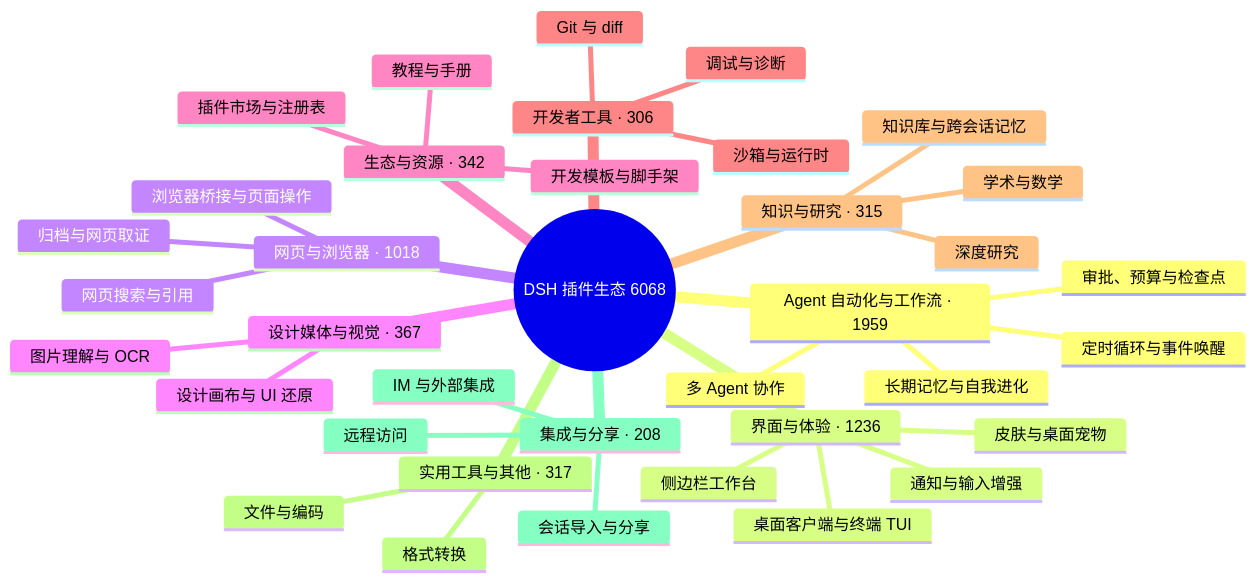
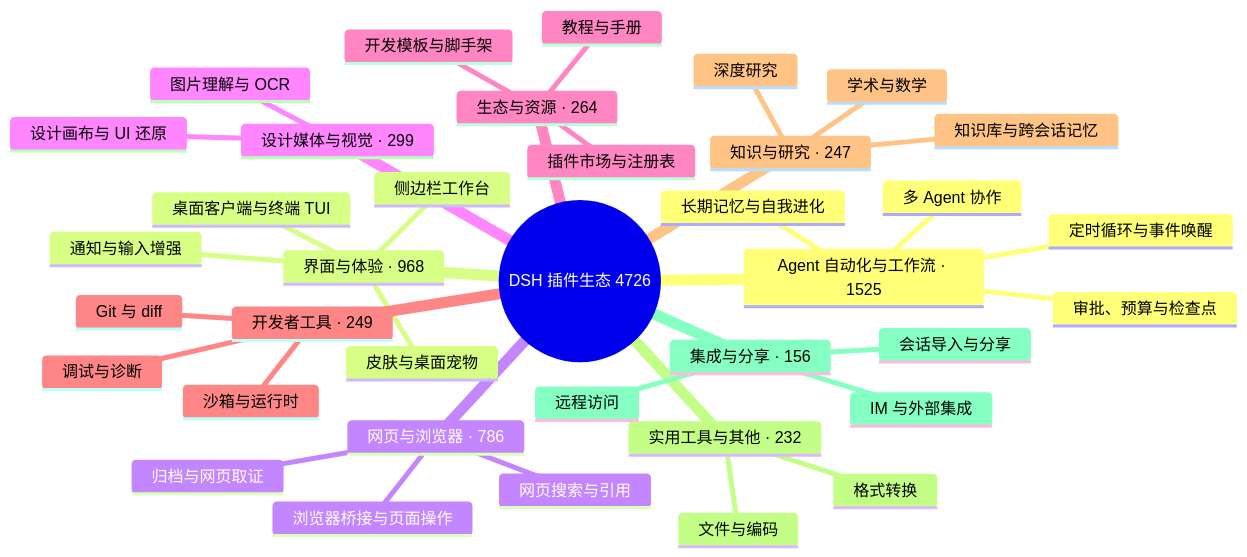
One commit to PGZXB/awesome-dsh-plugin-3 changed the diagram in README.md. Above: the diagram before and after it, drawn with Mermaid. The commit also changed other lines of this file and 9 other files, not shown here.

````diff
--- a/README.md
+++ b/README.md
@@ -32,40 +33,40 @@
 ```mermaid
 mindmap
-  root((DSH 插件生态 6068))
-    Agent 自动化与工作流 · 1959
+  root((DSH 插件生态 4726))
+    Agent 自动化与工作流 · 1525
       定时循环与事件唤醒
       多 Agent 协作
       长期记忆与自我进化
       审批、预算与检查点
-    界面与体验 · 1236
+    界面与体验 · 968
       桌面客户端与终端 TUI
       侧边栏工作台
       皮肤与桌面宠物
       通知与输入增强
-    网页与浏览器 · 1018
+    网页与浏览器 · 786
       浏览器桥接与页面操作
       网页搜索与引用
       归档与网页取证
-    设计媒体与视觉 · 367
+    设计媒体与视觉 · 299
       图片理解与 OCR
       设计画布与 UI 还原
-    生态与资源 · 342
+    生态与资源 · 264
       插件市场与注册表
       开发模板与脚手架
       教程与手册
-    开发者工具 · 306
+    开发者工具 · 249
       Git 与 diff
       沙箱与运行时
       调试与诊断
-    知识与研究 · 315
+    知识与研究 · 247
       知识库与跨会话记忆
       深度研究
       学术与数学
-    实用工具与其他 · 317
+    实用工具与其他 · 232
       文件与编码
       格式转换
-    集成与分享 · 208
+    集成与分享 · 156
       会话导入与分享
       远程访问
       IM 与外部集成
 ```
````
